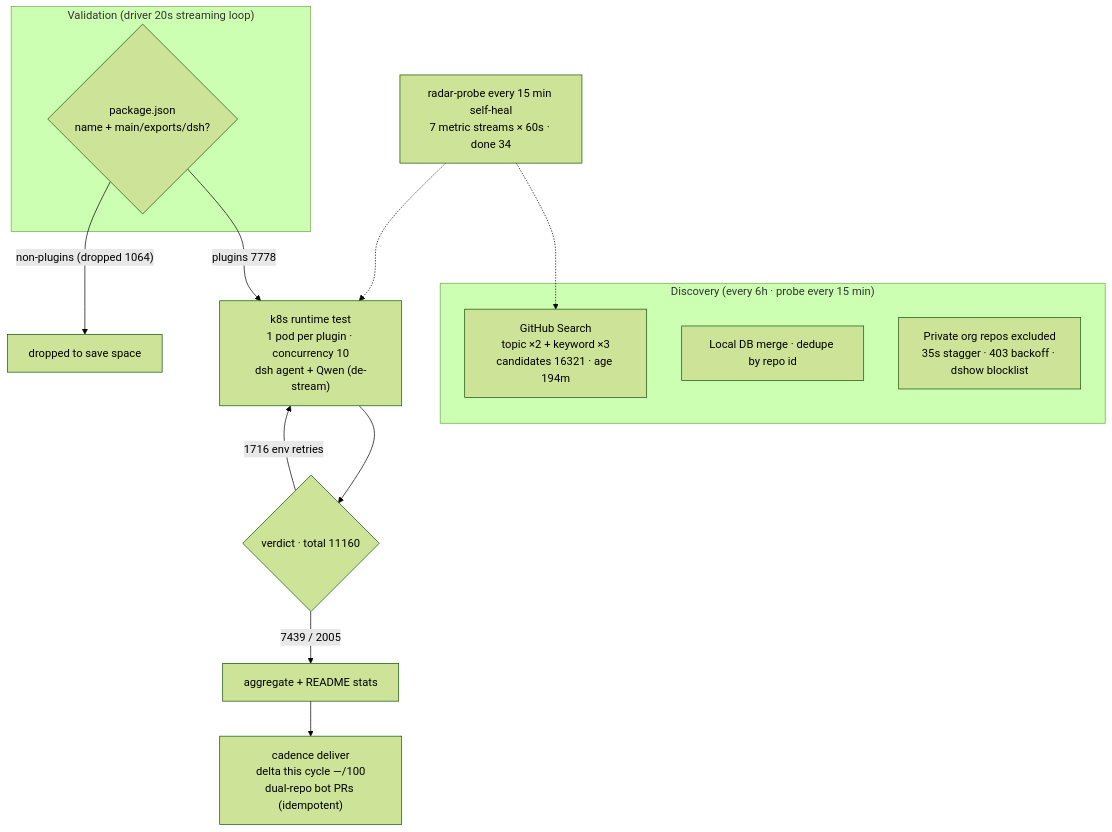
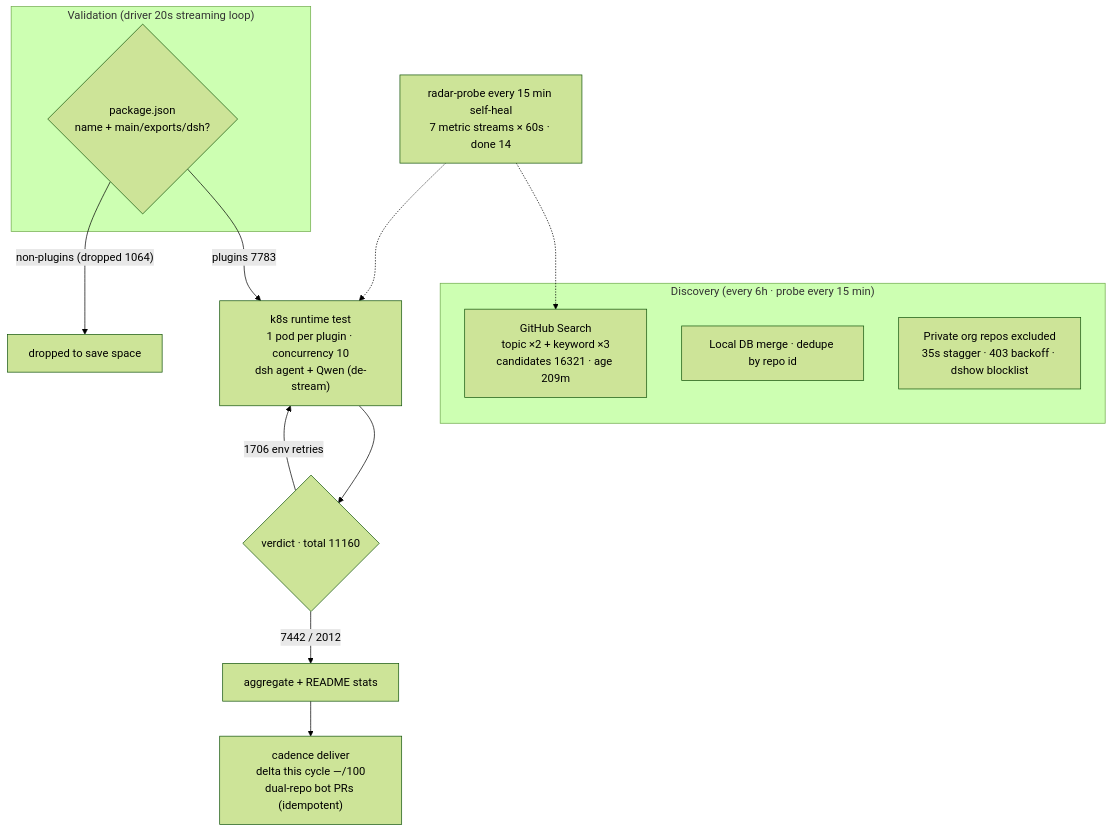
The diagram in README.en-US.md (AdamPlatin123/awesome-dsh-plugins), drawn with Mermaid (forest theme) before and after one commit. The commit also changed other lines of this file and 5 other files, not shown here.

````diff
--- a/README.en-US.md
+++ b/README.en-US.md
@@ -45,20 +45,20 @@
 ```mermaid
 flowchart TB
     subgraph Discovery["Discovery (every 6h · probe every 15 min)"]
-        A1["GitHub Search<br/>topic ×2 + keyword ×3<br/>candidates 16321 · age 194m"]
+        A1["GitHub Search<br/>topic ×2 + keyword ×3<br/>candidates 16321 · age 209m"]
         A2["Local DB merge · dedupe by repo id"]
         A3["Private org repos excluded<br/>35s stagger · 403 backoff · dshow blocklist"]
     end
     subgraph Validation["Validation (driver 20s streaming loop)"]
         B1{"package.json<br/>name + main/exports/dsh?"}
     end
-    B1 -->|"plugins 7778"| C1["k8s runtime test<br/>1 pod per plugin · concurrency 10<br/>dsh agent + Qwen (de-stream)"]
+    B1 -->|"plugins 7783"| C1["k8s runtime test<br/>1 pod per plugin · concurrency 10<br/>dsh agent + Qwen (de-stream)"]
     B1 -->|"non-plugins (dropped 1064)"| B3["dropped to save space"]
     C1 --> D1{"verdict · total 11160"}
-    D1 -->|"7439 / 2005"| E1["aggregate + README stats"]
-    D1 -->|"1716 env retries"| C1
+    D1 -->|"7442 / 2012"| E1["aggregate + README stats"]
+    D1 -->|"1706 env retries"| C1
     E1 --> E2["cadence deliver<br/>delta this cycle —/100<br/>dual-repo bot PRs (idempotent)"]
-    M["radar-probe every 15 min self-heal<br/>7 metric streams × 60s · done 34"]
+    M["radar-probe every 15 min self-heal<br/>7 metric streams × 60s · done 14"]
     M -.-> A1
     M -.-> C1
 ```
````
